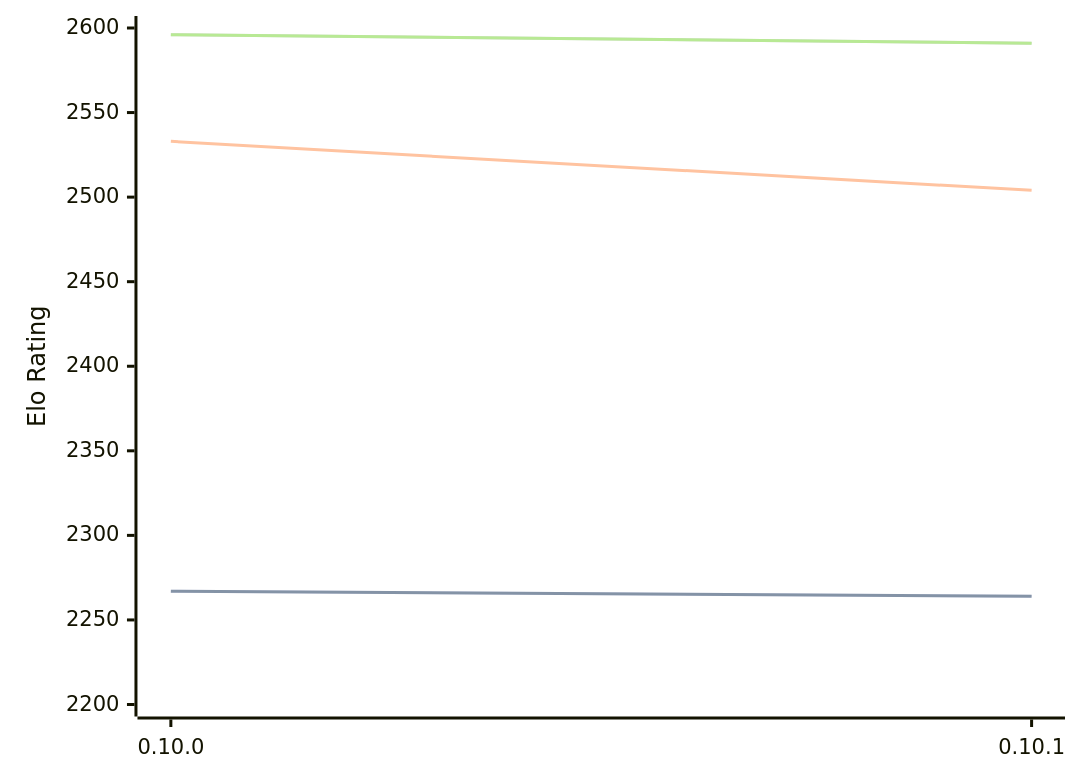
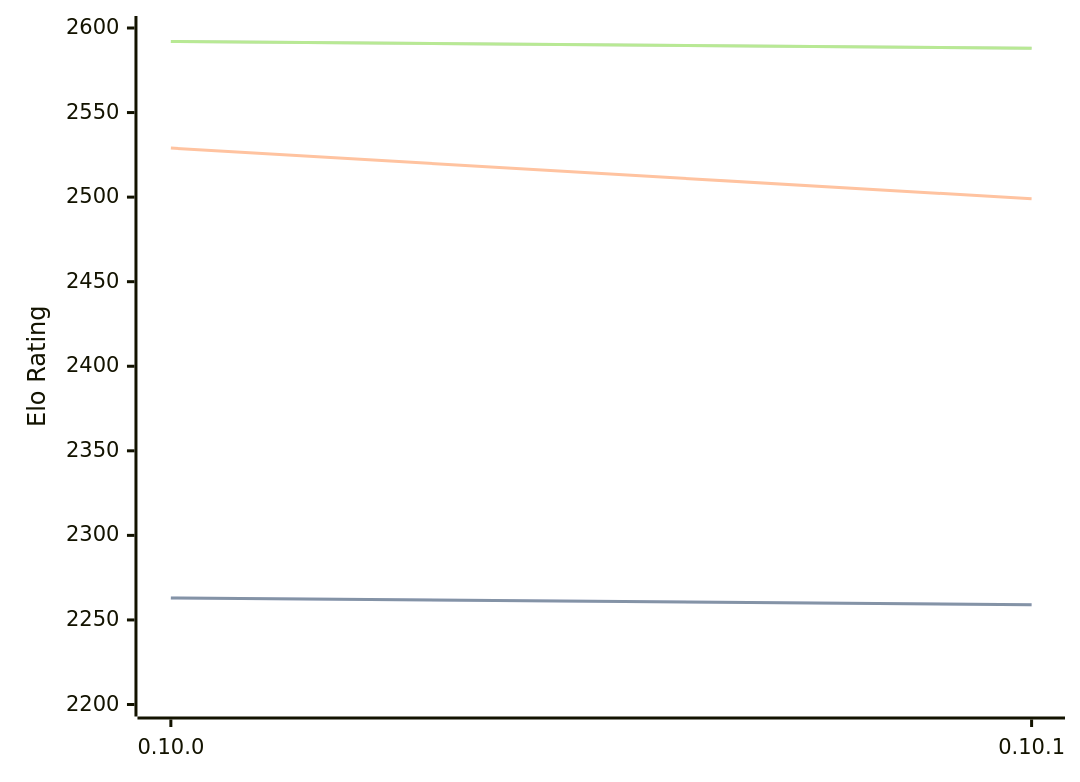
One commit to computer-chess-index/cci changed the third of 3 diagrams in engines/Fatalii.md. Above: the diagram before and after it, drawn with Mermaid. The commit also changed other lines of this file, not shown here.

Commit message:
Update CCI Ratings (ELO VLTC) - 2026-07-16

````diff
--- a/engines/Fatalii.md
+++ b/engines/Fatalii.md
@@ -79,11 +79,11 @@
 ```mermaid
 %%{init: {"theme":"base","themeVariables":{"seriesColors:['#a3a3a3','#222221','#faa371']}}}%%
 xychart-beta
   x-axis ["0.10.0", "0.10.1"]
   y-axis "Elo Rating" 2200 --> 2600
-  line "STC (8.0+0.08s)" [2267, 2264]
-  line "STC (8.0+0.08s)" [2267, 2264]
-  line "LTC (60.0+0.60s)" [2533, 2504]
-  line "VLTC (2m24s+1.12s)" [2596, 2591]
-  line "VLTC (2m24s+1.12s)" [2596, 2591]
+  line "STC (8.0+0.08s)" [2263, 2259]
+  line "STC (8.0+0.08s)" [2263, 2259]
+  line "LTC (60.0+0.60s)" [2529, 2499]
+  line "VLTC (2m24s+1.12s)" [2592, 2588]
+  line "VLTC (2m24s+1.12s)" [2592, 2588]
 ```
````
